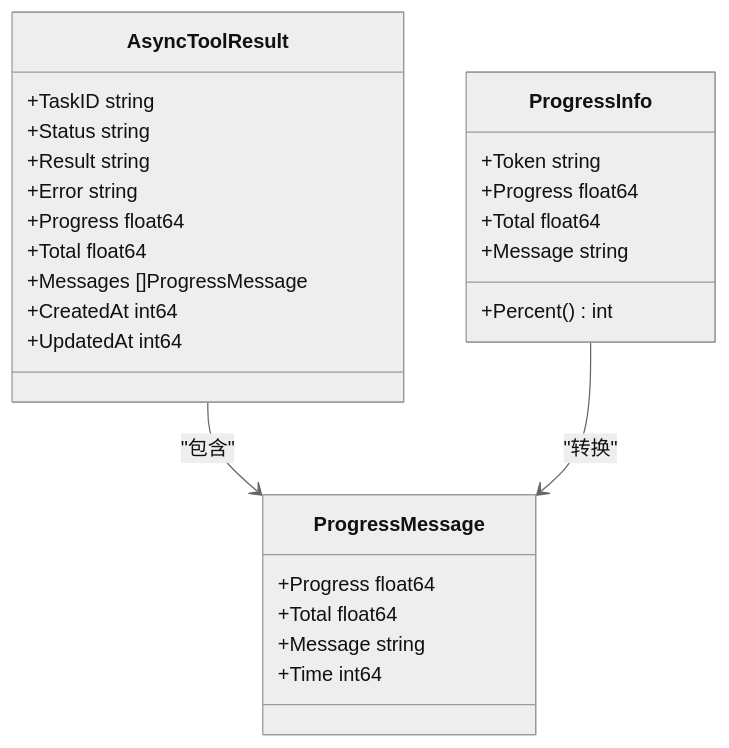
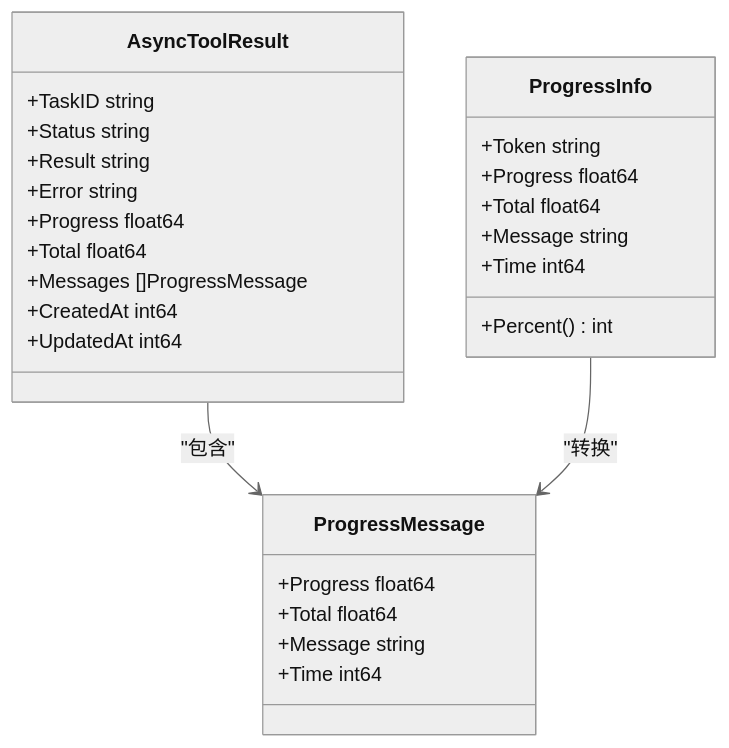
Before and after one commit to maomao94/zero-service: diagram 19 of 30 in .qoder/repowiki/zh/content/AI聊天服务迁移指南.md, drawn with Mermaid (neutral theme). The commit also changed other lines of this file and 59 other files, not shown here.

````diff
--- a/.qoder/repowiki/zh/content/AI聊天服务迁移指南.md
+++ b/.qoder/repowiki/zh/content/AI聊天服务迁移指南.md
@@ -905,29 +945,30 @@
 ```mermaid
 classDiagram
 class ProgressMessage {
 +Progress float64
 +Total float64
 +Message string
 +Time int64
 }
 class AsyncToolResult {
 +TaskID string
 +Status string
 +Result string
 +Error string
 +Progress float64
 +Total float64
 +Messages []ProgressMessage
 +CreatedAt int64
 +UpdatedAt int64
 }
 class ProgressInfo {
 +Token string
 +Progress float64
 +Total float64
 +Message string
++Time int64
 +Percent() int
 }
 AsyncToolResult --> ProgressMessage : "包含"
 ProgressInfo --> ProgressMessage : "转换"
 ```
````
